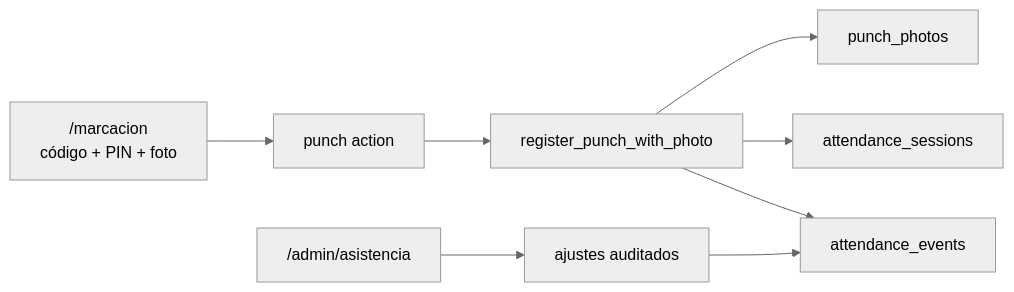
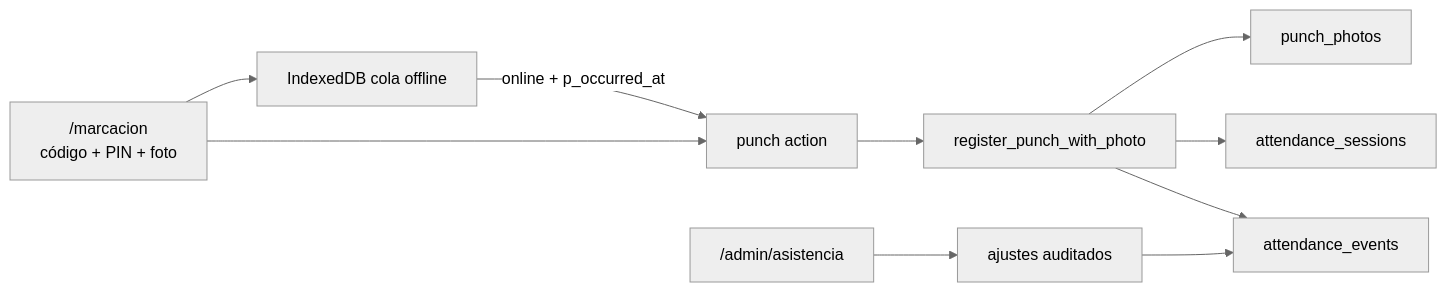
Before and after one commit to dajosava/planilla_grt: the sixth of 13 diagrams in docs/ARQUITECTURA.md, drawn with Mermaid (neutral theme). The commit also changed other lines of this file and 8 other files, not shown here.

````diff
--- a/docs/ARQUITECTURA.md
+++ b/docs/ARQUITECTURA.md
@@ -203,10 +203,12 @@
 ```mermaid
 flowchart LR
   Kiosk["/marcacion<br/>código + PIN + foto"] --> Punch["punch action"]
+  Kiosk --> IDB["IndexedDB cola offline"]
+  IDB -->|"online + p_occurred_at"| Punch
   Punch --> RPC["register_punch_with_photo"]
   RPC --> Ev["attendance_events"]
   RPC --> Ses["attendance_sessions"]
   RPC --> Foto["punch_photos"]
   Admin["/admin/asistencia"] --> Adj["ajustes auditados"]
   Adj --> Ev
 ```
````
